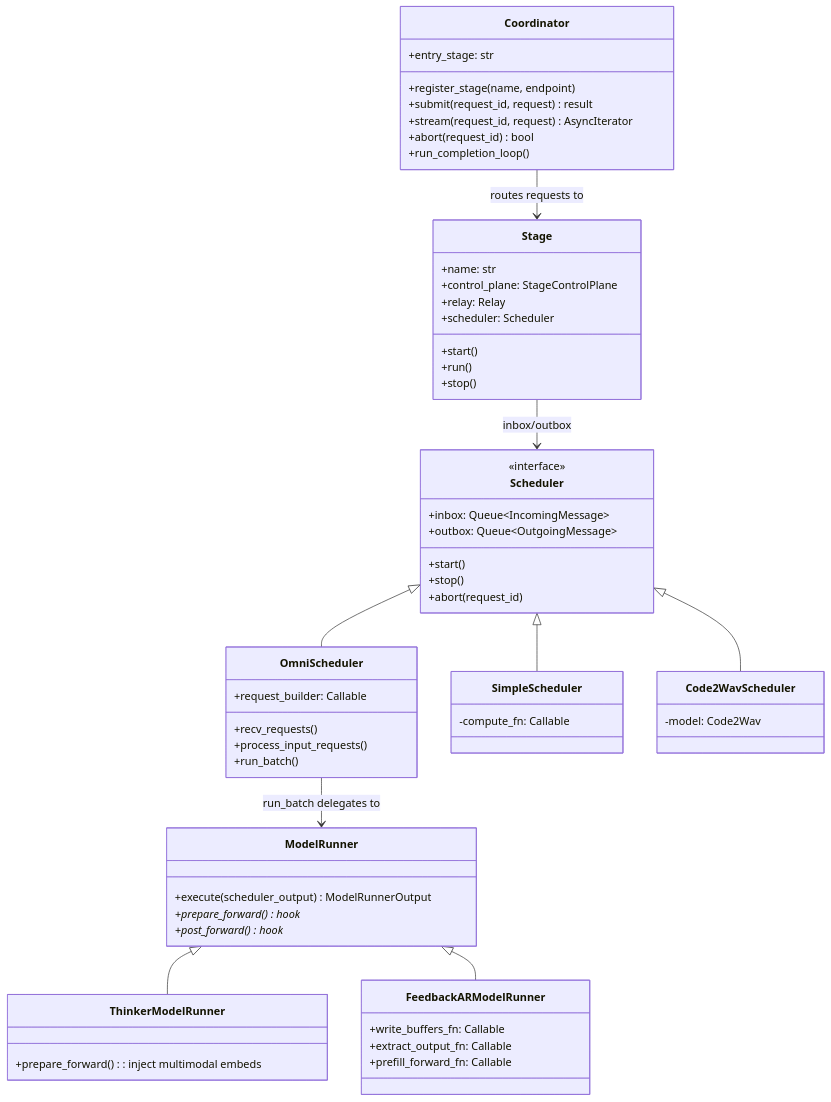
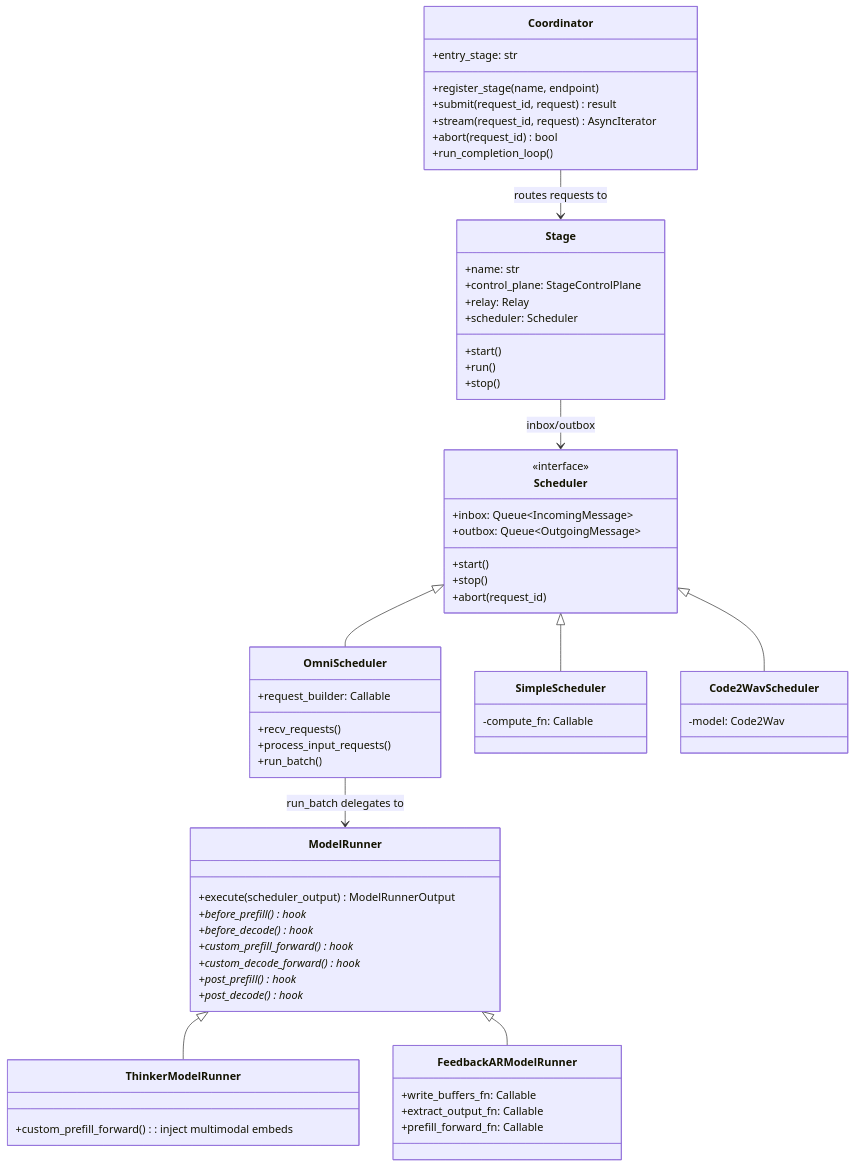
The first of 7 diagrams in _sources/design/refactor_rfc.md (MelodyyyYin/sglang-omni), drawn with Mermaid before and after one commit. The commit also changed other lines of this file and 29 other files, not shown here.

````diff
--- a/_sources/design/refactor_rfc.md
+++ b/_sources/design/refactor_rfc.md
@@ -41,71 +41,75 @@
 ```mermaid
 classDiagram
     class Coordinator {
         +entry_stage: str
         +register_stage(name, endpoint)
         +submit(request_id, request) result
         +stream(request_id, request) AsyncIterator
         +abort(request_id) bool
         +run_completion_loop()
     }
 
     class Stage {
         +name: str
         +control_plane: StageControlPlane
         +relay: Relay
         +scheduler: Scheduler
         +start()
         +run()
         +stop()
     }
 
     class Scheduler {
         <<interface>>
         +inbox: Queue~IncomingMessage~
         +outbox: Queue~OutgoingMessage~
         +start()
         +stop()
         +abort(request_id)
     }
 
     class OmniScheduler {
         +request_builder: Callable
         +recv_requests()
         +process_input_requests()
         +run_batch()
     }
 
     class SimpleScheduler {
         -compute_fn: Callable
     }
 
     class Code2WavScheduler {
         -model: Code2Wav
     }
 
     class ModelRunner {
         +execute(scheduler_output) ModelRunnerOutput
-        +prepare_forward()* hook
-        +post_forward()* hook
+        +before_prefill()* hook
+        +before_decode()* hook
+        +custom_prefill_forward()* hook
+        +custom_decode_forward()* hook
+        +post_prefill()* hook
+        +post_decode()* hook
     }
 
     class ThinkerModelRunner {
-        +prepare_forward(): inject multimodal embeds
+        +custom_prefill_forward(): inject multimodal embeds
     }
 
     class FeedbackARModelRunner {
         +write_buffers_fn: Callable
         +extract_output_fn: Callable
         +prefill_forward_fn: Callable
     }
 
     Coordinator --> Stage : routes requests to
     Stage --> Scheduler : inbox/outbox
     Scheduler <|-- OmniScheduler
     Scheduler <|-- SimpleScheduler
     Scheduler <|-- Code2WavScheduler
     OmniScheduler --> ModelRunner : run_batch delegates to
     ModelRunner <|-- ThinkerModelRunner
     ModelRunner <|-- FeedbackARModelRunner
 
 ```
````
